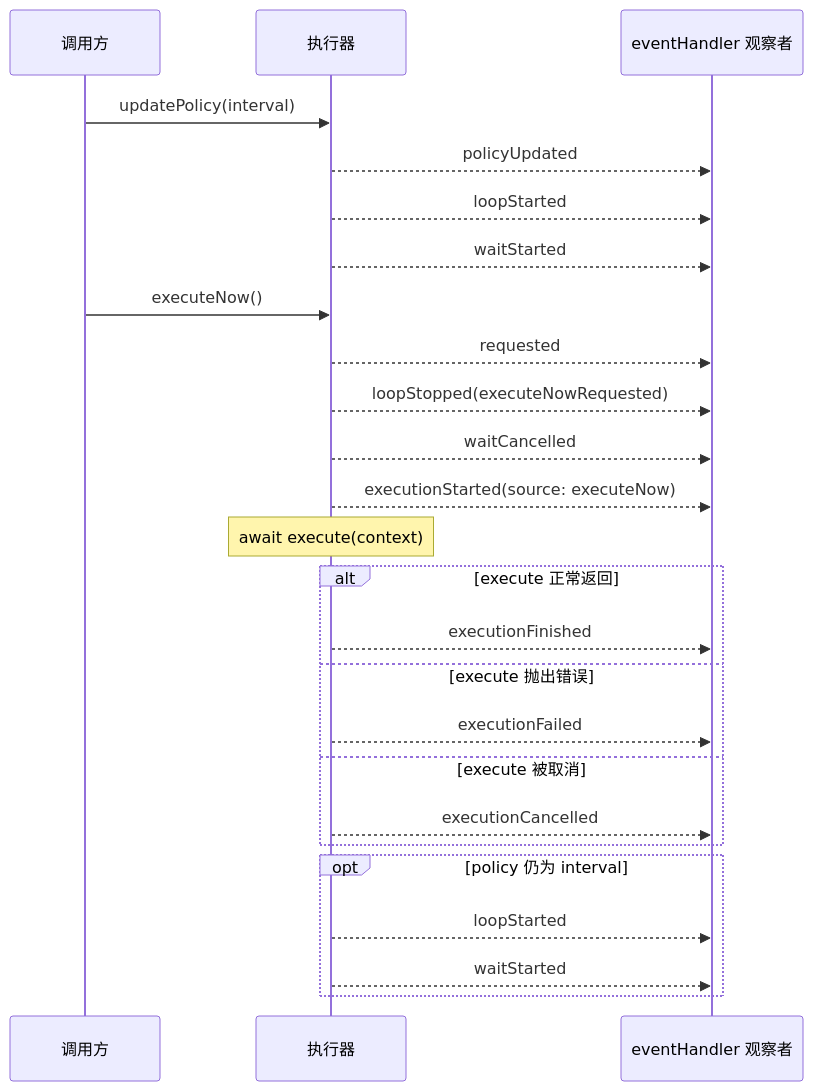
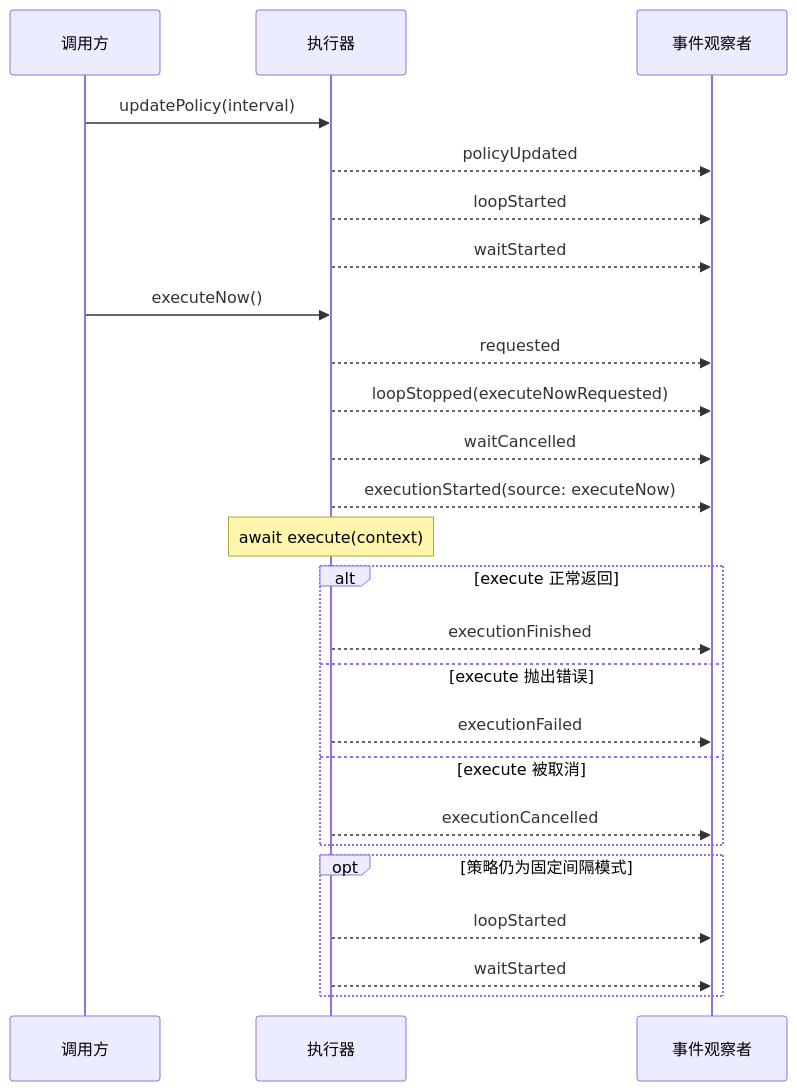
The second of 2 diagrams in README-zh-CN.md (shensven/swift-sequential-executor), drawn with Mermaid before and after one commit. The commit also changed other lines of this file and 2 other files, not shown here.

````diff
--- a/README-zh-CN.md
+++ b/README-zh-CN.md
@@ -191,31 +166,31 @@
 ```mermaid
 sequenceDiagram
     participant Caller as 调用方
     participant Executor as 执行器
-    participant Observer as eventHandler 观察者
+    participant Observer as 事件观察者
 
     Caller->>Executor: updatePolicy(interval)
     Executor-->>Observer: policyUpdated
     Executor-->>Observer: loopStarted
     Executor-->>Observer: waitStarted
 
     Caller->>Executor: executeNow()
     Executor-->>Observer: requested
     Executor-->>Observer: loopStopped(executeNowRequested)
     Executor-->>Observer: waitCancelled
     Executor-->>Observer: executionStarted(source: executeNow)
     Note over Executor: await execute(context)
 
     alt execute 正常返回
         Executor-->>Observer: executionFinished
     else execute 抛出错误
         Executor-->>Observer: executionFailed
     else execute 被取消
         Executor-->>Observer: executionCancelled
     end
 
-    opt policy 仍为 interval
+    opt 策略仍为固定间隔模式
         Executor-->>Observer: loopStarted
         Executor-->>Observer: waitStarted
     end
 ```
````
